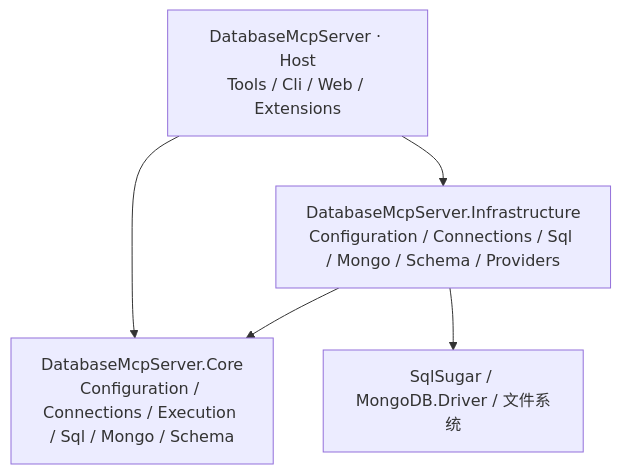
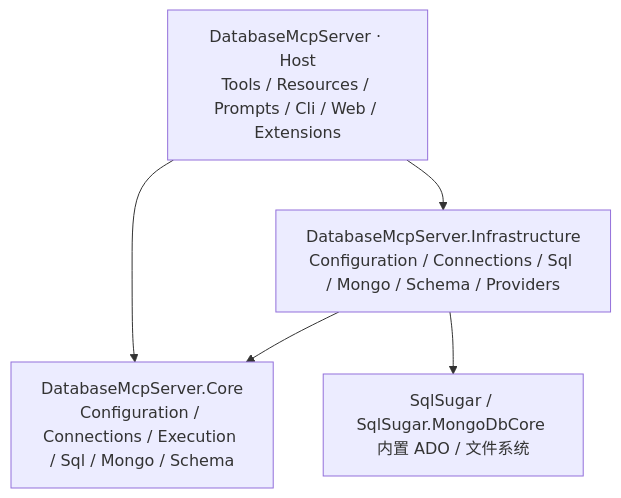
The first of 5 diagrams in Doc/backend-architecture.md (ttcc666/DatabaseMcpServer), drawn with Mermaid before and after one commit. The commit also changed other lines of this file and 254 other files, not shown here.

Commit message:
feat!: release 5.0.0 with evolved database tools and updated docs

````diff
--- a/Doc/backend-architecture.md
+++ b/Doc/backend-architecture.md
@@ -5,7 +5,7 @@
 ```mermaid
 flowchart TD
-    Host["DatabaseMcpServer · Host<br/>Tools / Cli / Web / Extensions"] --> Infra["DatabaseMcpServer.Infrastructure<br/>Configuration / Connections / Sql / Mongo / Schema / Providers"]
+    Host["DatabaseMcpServer · Host<br/>Tools / Resources / Prompts / Cli / Web / Extensions"] --> Infra["DatabaseMcpServer.Infrastructure<br/>Configuration / Connections / Sql / Mongo / Schema / Providers"]
     Host --> Core["DatabaseMcpServer.Core<br/>Configuration / Connections / Execution / Sql / Mongo / Schema"]
     Infra --> Core
-    Infra --> Drivers["SqlSugar / MongoDB.Driver / 文件系统"]
+    Infra --> Drivers["SqlSugar / SqlSugar.MongoDbCore 内置 ADO / 文件系统"]
 ```
````
